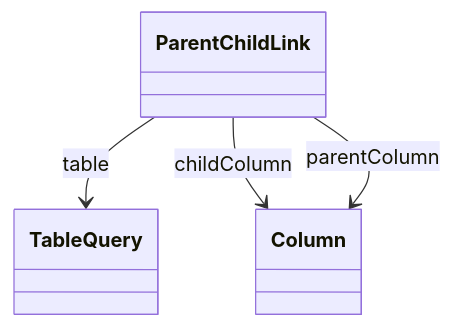
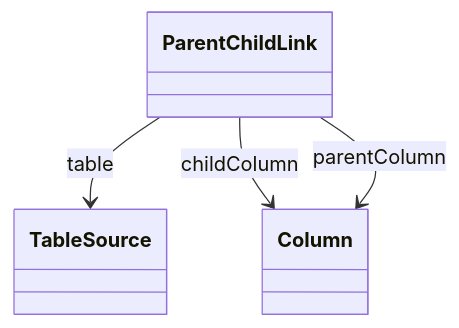
Before and after one commit to eclipse-daanse/eclipse-daanse.github.io: the diagram in docs/cubeserver/model/class-ParentChildLink.md, drawn with Mermaid. The commit also changed other lines of this file and 138 other files, not shown here.

````diff
--- a/docs/cubeserver/model/class-ParentChildLink.md
+++ b/docs/cubeserver/model/class-ParentChildLink.md
@@ -81,11 +83,11 @@
 ```mermaid
 classDiagram
   class ParentChildLink {
   }
 
 
-  ParentChildLink --> TableQuery : table
+  ParentChildLink --> TableSource : table
   ParentChildLink --> Column : childColumn
   ParentChildLink --> Column : parentColumn
 
 ```
````
